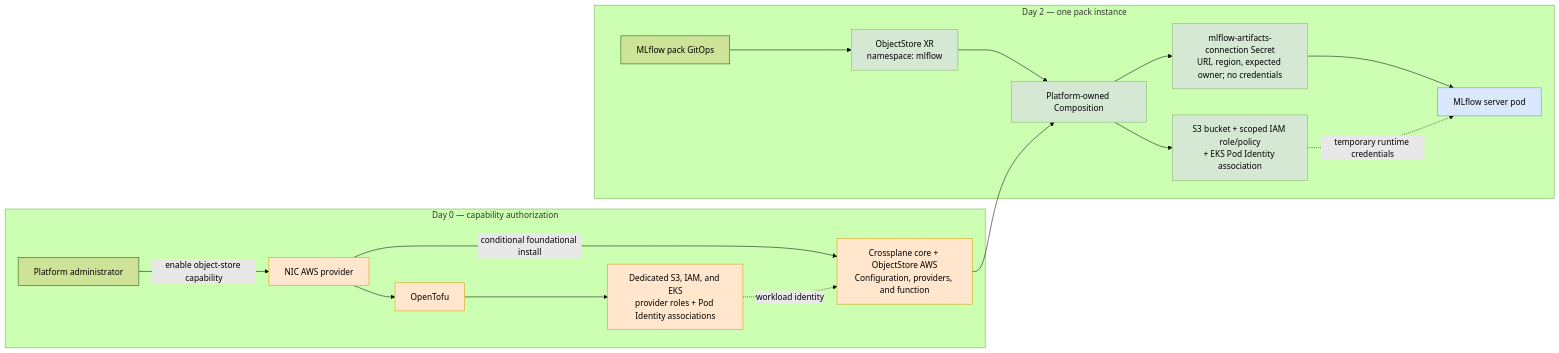
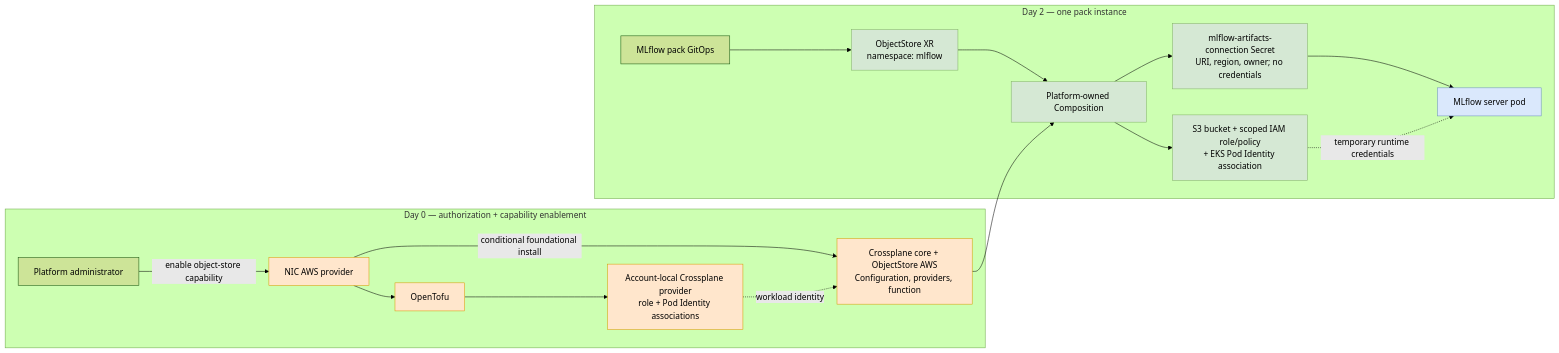
The diagram in docs/adr/0012-crossplane-pack-infrastructure.md (nebari-dev/nebari-infrastructure-core), drawn with Mermaid (forest theme) before and after one commit. The commit also changed other lines of this file, not shown here.

````diff
--- a/docs/adr/0012-crossplane-pack-infrastructure.md
+++ b/docs/adr/0012-crossplane-pack-infrastructure.md
@@ -187,38 +140,38 @@
 ```mermaid
 flowchart LR
     admin["Platform administrator"]
     pack["MLflow pack GitOps"]
     mlflow["MLflow server pod"]
 
-    subgraph day0["Day 0 — capability authorization"]
+    subgraph day0["Day 0 — authorization + capability enablement"]
         nic["NIC AWS provider"]
         tofu["OpenTofu"]
-        anchor["Dedicated S3, IAM, and EKS<br/>provider roles + Pod Identity associations"]
-        xp["Crossplane core + ObjectStore AWS<br/>Configuration, providers, and function"]
+        anchor["Account-local Crossplane provider<br/>role + Pod Identity associations"]
+        xp["Crossplane core + ObjectStore AWS<br/>Configuration, providers, function"]
         admin -->|"enable object-store capability"| nic
         nic --> tofu --> anchor
         nic -->|"conditional foundational install"| xp
         anchor -.->|workload identity| xp
     end
 
     subgraph day2["Day 2 — one pack instance"]
         xr["ObjectStore XR<br/>namespace: mlflow"]
         comp["Platform-owned Composition"]
         cloud["S3 bucket + scoped IAM role/policy<br/>+ EKS Pod Identity association"]
-        binding["mlflow-artifacts-connection Secret<br/>URI, region, expected owner; no credentials"]
+        binding["mlflow-artifacts-connection Secret<br/>URI, region, owner; no credentials"]
         pack --> xr --> comp
         comp --> cloud
         comp --> binding
         binding --> mlflow
         cloud -.->|temporary runtime credentials| mlflow
     end
 
     xp --> comp
 
     classDef dayzero fill:#ffe6cc,stroke:#d79b00,color:#000;
     classDef daytwo fill:#d5e8d4,stroke:#82b366,color:#000;
     classDef workload fill:#dae8fc,stroke:#6c8ebf,color:#000;
     class nic,tofu,anchor,xp dayzero;
     class xr,comp,cloud,binding daytwo;
     class mlflow workload;
 ```
````
